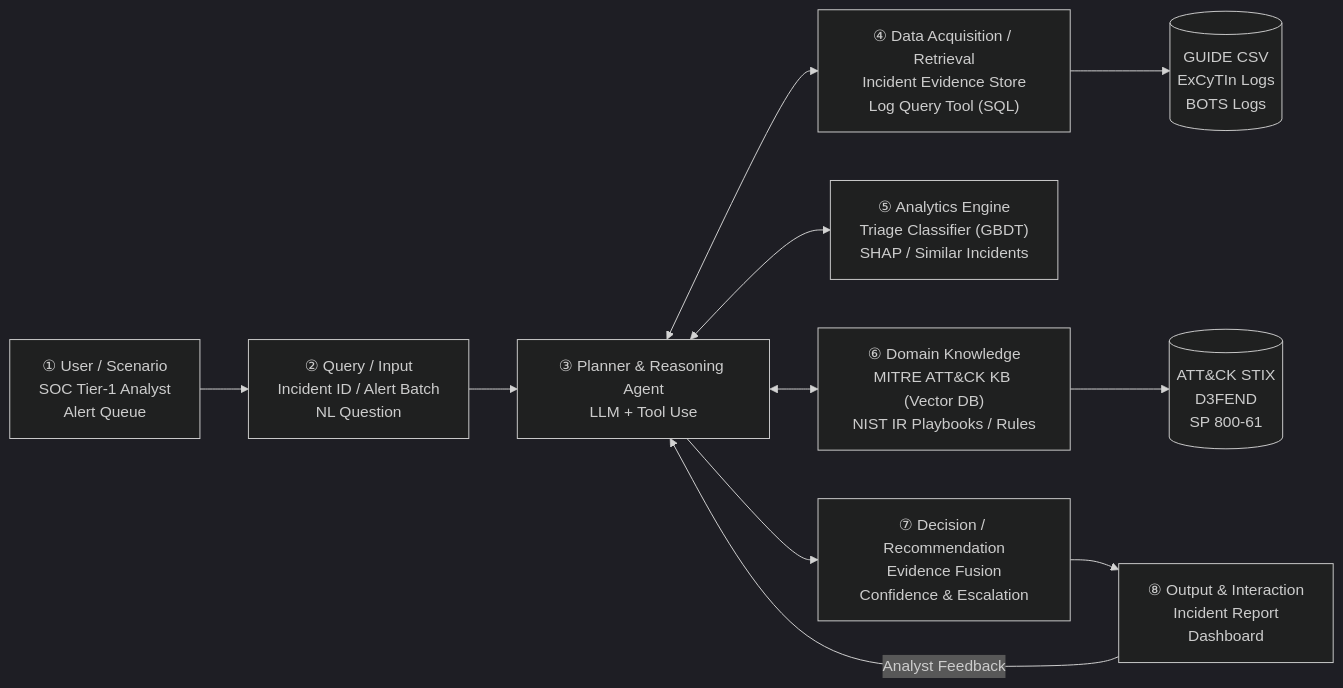
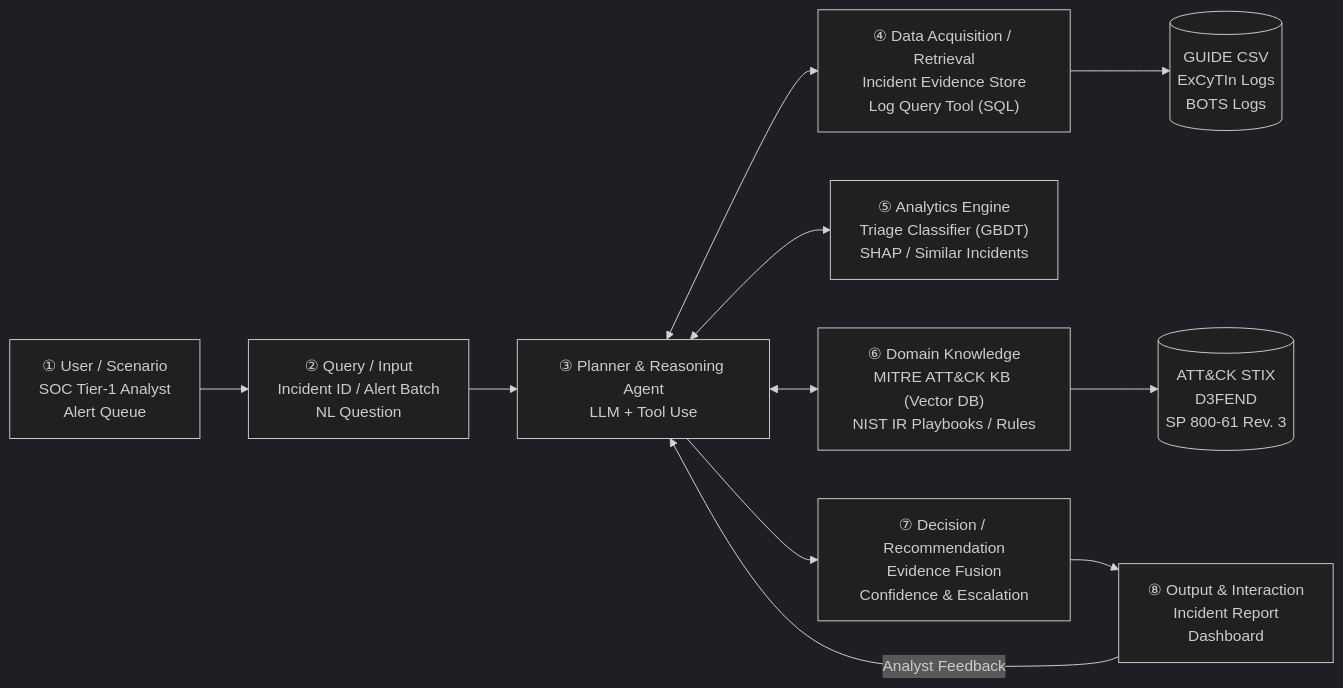
The first of 2 diagrams in DESIGN.md (jimtaerini/AI_SOC_Analyst_Agent), drawn with Mermaid (dark theme) before and after one commit. The commit also changed 2 other files, not shown here.

Commit message:
Label NIST SP 800-61 as Rev. 3 in README overview and architecture diagrams

````diff
--- a/DESIGN.md
+++ b/DESIGN.md
@@ -64,16 +64,16 @@
 ```mermaid
 flowchart LR
     U["① User / Scenario<br/>SOC Tier-1 Analyst<br/>Alert Queue"] --> Q["② Query / Input<br/>Incident ID / Alert Batch<br/>NL Question"]
     Q --> P["③ Planner & Reasoning Agent<br/>LLM + Tool Use"]
 
     P <--> D["④ Data Acquisition / Retrieval<br/>Incident Evidence Store<br/>Log Query Tool (SQL)"]
     P <--> A["⑤ Analytics Engine<br/>Triage Classifier (GBDT)<br/>SHAP / Similar Incidents"]
     P <--> K["⑥ Domain Knowledge<br/>MITRE ATT&CK KB (Vector DB)<br/>NIST IR Playbooks / Rules"]
 
     D --> DS[("GUIDE CSV<br/>ExCyTIn Logs<br/>BOTS Logs")]
-    K --> KB[("ATT&CK STIX<br/>D3FEND<br/>SP 800-61")]
+    K --> KB[("ATT&CK STIX<br/>D3FEND<br/>SP 800-61 Rev. 3")]
 
     P --> R["⑦ Decision / Recommendation<br/>Evidence Fusion<br/>Confidence & Escalation"]
     R --> O["⑧ Output & Interaction<br/>Incident Report<br/>Dashboard"]
     O -- "Analyst Feedback" --> P
 ```
````
